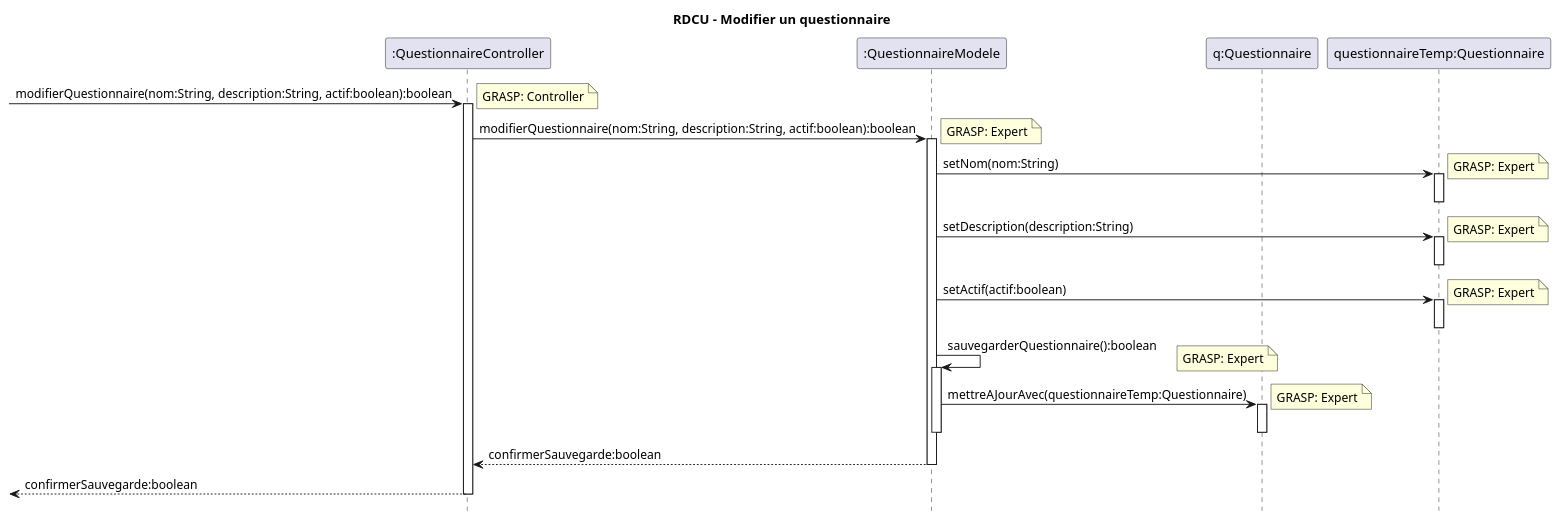
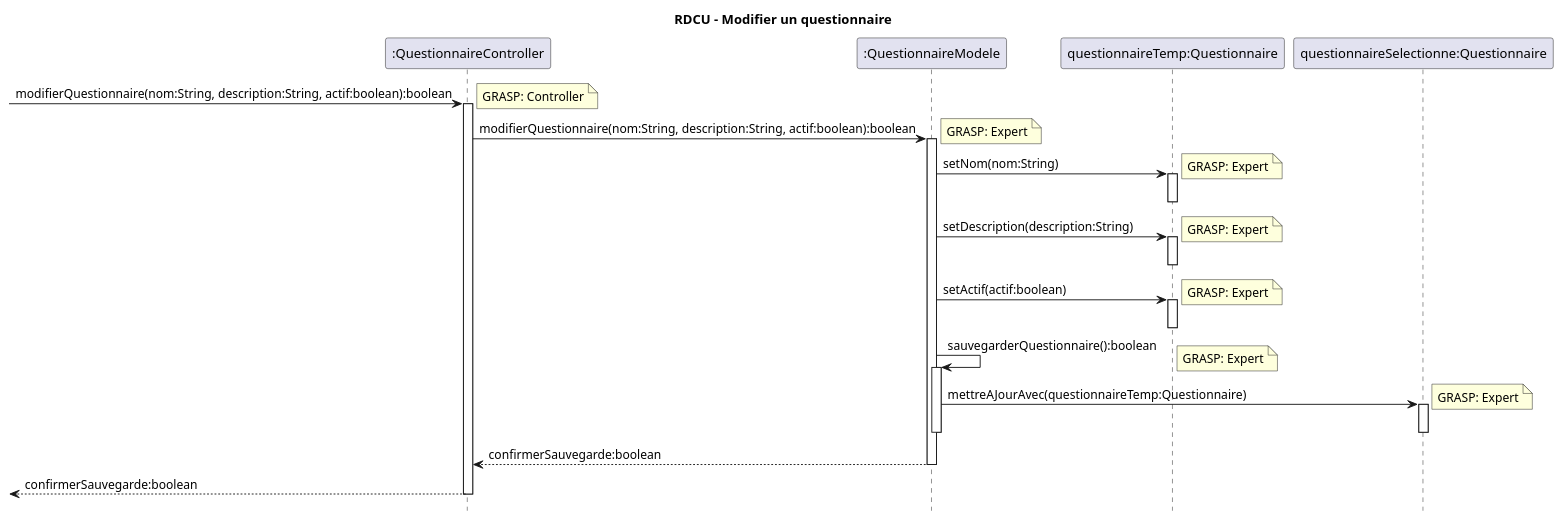
The diagram in docs/modeles/cu05/rdcu-modifier-questionnaire.puml (xMrYahya/moodle-clone), drawn with PlantUML before and after one commit. The commit also changed 19 other files, not shown here.

```diff
--- a/docs/modeles/cu05/rdcu-modifier-questionnaire.puml
+++ b/docs/modeles/cu05/rdcu-modifier-questionnaire.puml
@@ -1,32 +1,31 @@
 @startuml
 hide footbox
 title RDCU - Modifier un questionnaire
 
 participant ":QuestionnaireController" as controller
 participant ":QuestionnaireModele" as questionnaireModele
-participant "q:Questionnaire" as questionnaire
 participant "questionnaireTemp:Questionnaire" as temp
 
 -> controller ++:modifierQuestionnaire(nom:String, description:String, actif:boolean):boolean
 note right: GRASP: Controller
 controller -> questionnaireModele ++:modifierQuestionnaire(nom:String, description:String, actif:boolean):boolean
 note right: GRASP: Expert
 questionnaireModele ->temp ++:setNom(nom:String)
 note right: GRASP: Expert
 deactivate temp
 questionnaireModele ->temp ++:setDescription(description:String)
 note right: GRASP: Expert
 deactivate temp
 questionnaireModele ->temp ++:setActif(actif:boolean)
 note right: GRASP: Expert
 deactivate temp
 questionnaireModele -> questionnaireModele ++: sauvegarderQuestionnaire():boolean
 note right: GRASP: Expert
-questionnaireModele -> questionnaire ++: mettreAJourAvec(questionnaireTemp:Questionnaire)
+questionnaireModele -> "questionnaireSelectionne:Questionnaire" ++: mettreAJourAvec(questionnaireTemp:Questionnaire)
 note right: GRASP: Expert
-deactivate questionnaire
+deactivate "questionnaireSelectionne:Questionnaire"
 deactivate questionnaireModele
 questionnaireModele --> controller --: confirmerSauvegarde:boolean
 <-- controller --: confirmerSauvegarde:boolean
 
 @enduml
```
